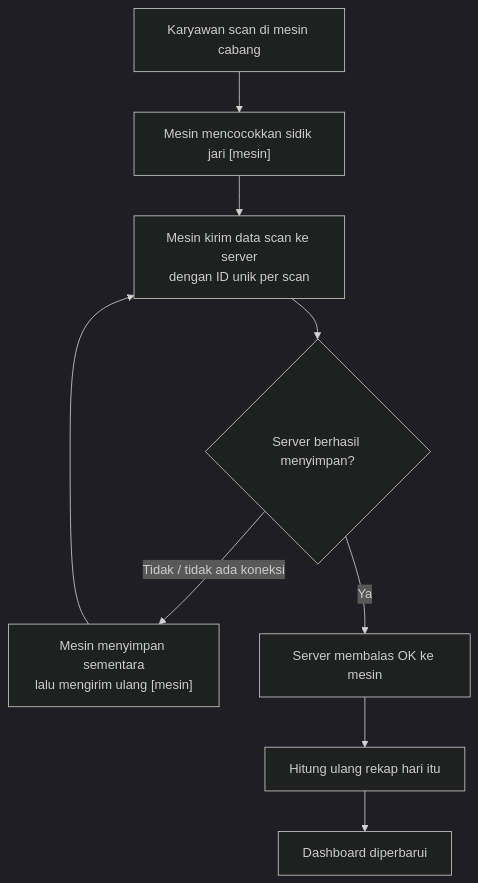
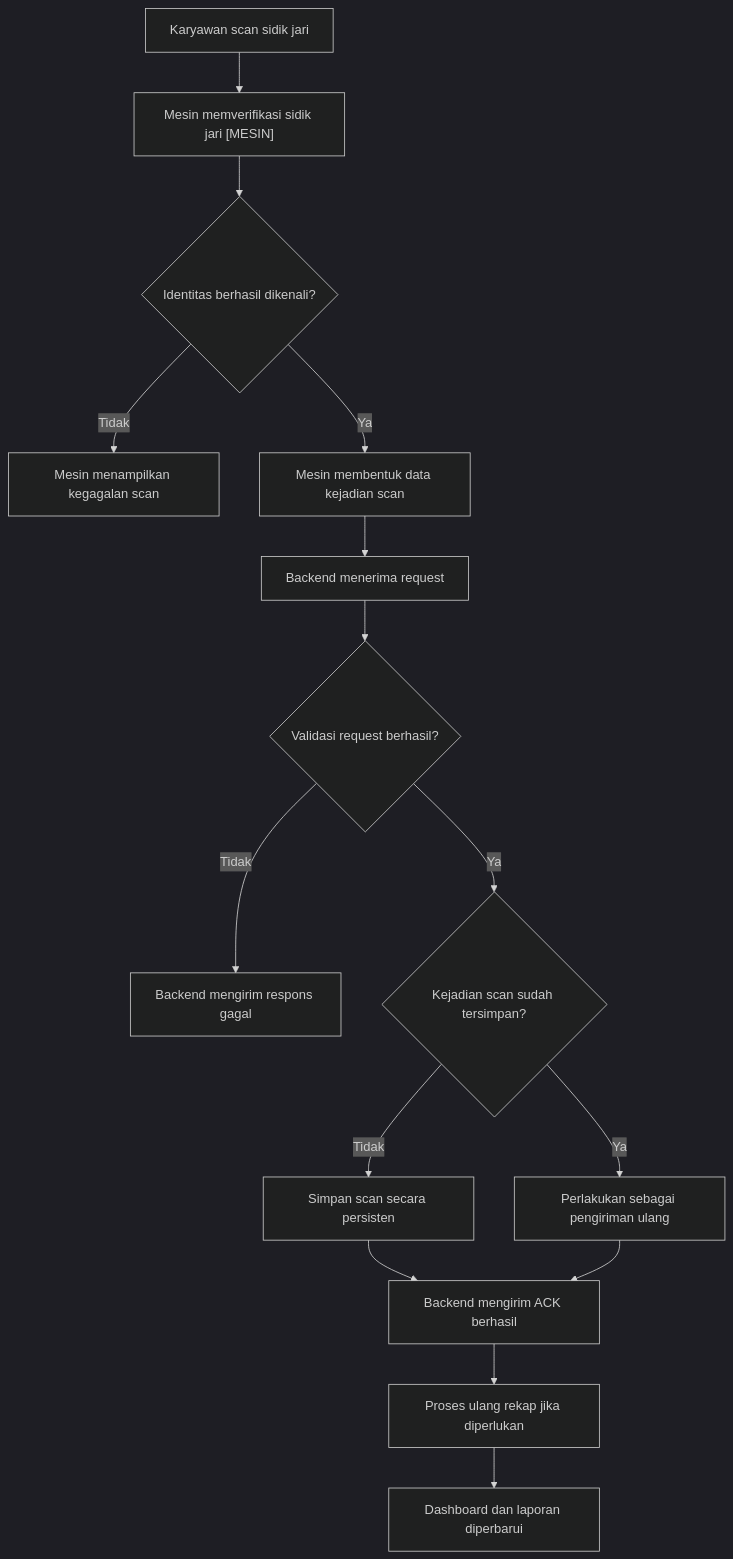
One commit to nflFauzan/Biometric-Attendence-System changed the third of 13 diagrams in docs/alur.md. Above: the diagram before and after it, drawn with Mermaid (dark theme). The commit also changed other lines of this file, not shown here.

````diff
--- a/docs/alur.md
+++ b/docs/alur.md
@@ -20,11 +97,17 @@
 ```mermaid
 flowchart TD
-  A[Karyawan scan di mesin cabang] --> B["Mesin mencocokkan sidik jari [mesin]"]
-  B --> C[Mesin kirim data scan ke server<br/>dengan ID unik per scan]
-  C --> D{Server berhasil menyimpan?}
-  D -- Tidak / tidak ada koneksi --> E["Mesin menyimpan sementara<br/>lalu mengirim ulang [mesin]"]
-  E --> C
-  D -- Ya --> F[Server membalas OK ke mesin]
-  F --> G[Hitung ulang rekap hari itu]
-  G --> H[Dashboard diperbarui]
+    A["Karyawan scan sidik jari"] --> B["Mesin memverifikasi sidik jari [MESIN]"]
+    B --> C{"Identitas berhasil dikenali?"}
+    C -- "Tidak" --> D["Mesin menampilkan kegagalan scan"]
+    C -- "Ya" --> E["Mesin membentuk data kejadian scan"]
+    E --> F["Backend menerima request"]
+    F --> G{"Validasi request berhasil?"}
+    G -- "Tidak" --> H["Backend mengirim respons gagal"]
+    G -- "Ya" --> I{"Kejadian scan sudah tersimpan?"}
+    I -- "Ya" --> J["Perlakukan sebagai pengiriman ulang"]
+    I -- "Tidak" --> K["Simpan scan secara persisten"]
+    K --> L["Backend mengirim ACK berhasil"]
+    J --> L
+    L --> M["Proses ulang rekap jika diperlukan"]
+    M --> N["Dashboard dan laporan diperbarui"]
 ```
````
